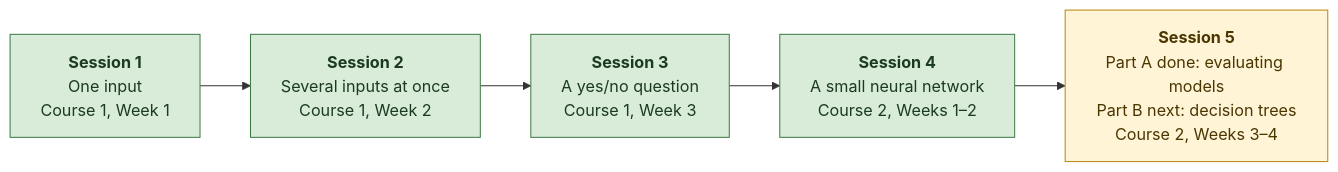
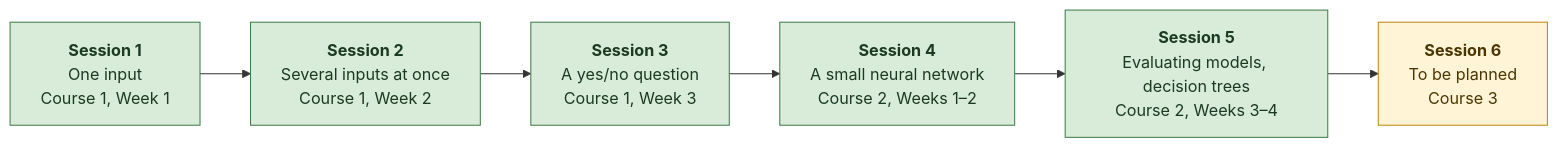
One commit to penelopemichou/austerity-ml changed the first of 2 diagrams in PROGRESS.md. Above: the diagram before and after it, drawn with Mermaid. The commit also changed other lines of this file and 7 other files, not shown here.

First line of the commit message:
Add Session 5 Part B: decision trees and the consolidation threshold

````diff
--- a/PROGRESS.md
+++ b/PROGRESS.md
@@ -13,7 +13,7 @@
 ```mermaid
 flowchart LR
-    S1["<b>Session 1</b><br/>One input<br/>Course 1, Week 1"]:::done --> S2["<b>Session 2</b><br/>Several inputs at once<br/>Course 1, Week 2"]:::done --> S3["<b>Session 3</b><br/>A yes/no question<br/>Course 1, Week 3"]:::done --> S4["<b>Session 4</b><br/>A small neural network<br/>Course 2, Weeks 1–2"]:::done --> S5["<b>Session 5</b><br/>Part A done: evaluating models<br/>Part B next: decision trees<br/>Course 2, Weeks 3–4"]:::next
+    S1["<b>Session 1</b><br/>One input<br/>Course 1, Week 1"]:::done --> S2["<b>Session 2</b><br/>Several inputs at once<br/>Course 1, Week 2"]:::done --> S3["<b>Session 3</b><br/>A yes/no question<br/>Course 1, Week 3"]:::done --> S4["<b>Session 4</b><br/>A small neural network<br/>Course 2, Weeks 1–2"]:::done --> S5["<b>Session 5</b><br/>Evaluating models, decision trees<br/>Course 2, Weeks 3–4"]:::done --> S6["<b>Session 6</b><br/>To be planned<br/>Course 3"]:::next
     classDef done fill:#d8ecd9,stroke:#3c7a45,color:#1b3a20
     classDef next fill:#fff4d6,stroke:#b8860b,color:#4a3600
     classDef later fill:#eeeeee,stroke:#999999,color:#555555
 ```
````
